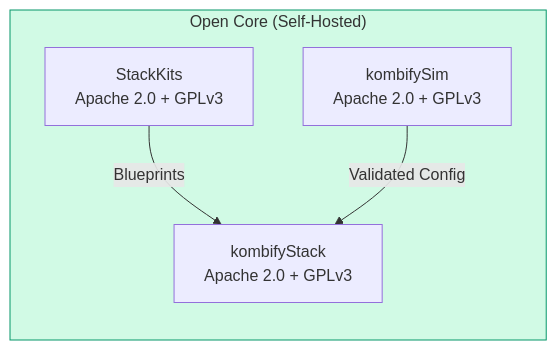
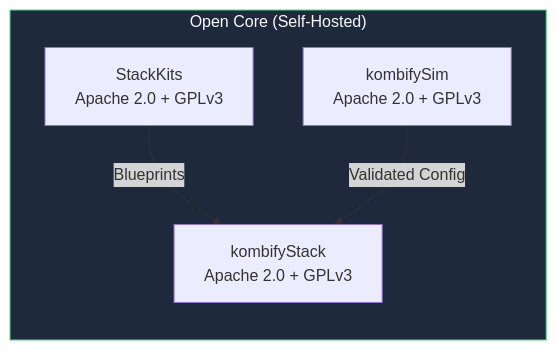
The third of 8 diagrams in ecosystem.mdx (KombiverseLabs/docs), drawn with Mermaid before and after one commit. The commit also changed other lines of this file and 33 other files, not shown here.

````diff
--- a/ecosystem.mdx
+++ b/ecosystem.mdx
@@ -122,13 +122,13 @@
 ```mermaid
 graph LR
     subgraph OpenCore["Open Core (Self-Hosted)"]
         SK["StackKits<br/>Apache 2.0 + GPLv3"]
         Sim["kombifySim<br/>Apache 2.0 + GPLv3"]
         Stack["kombifyStack<br/>Apache 2.0 + GPLv3"]
     end
     
     SK -->|Blueprints| Stack
     Sim -->|Validated Config| Stack
     
-    style OpenCore fill:#d1fae5,stroke:#059669
+    style OpenCore fill:#1e293b,stroke:#4ade80,color:#f8fafc
 ```
````
